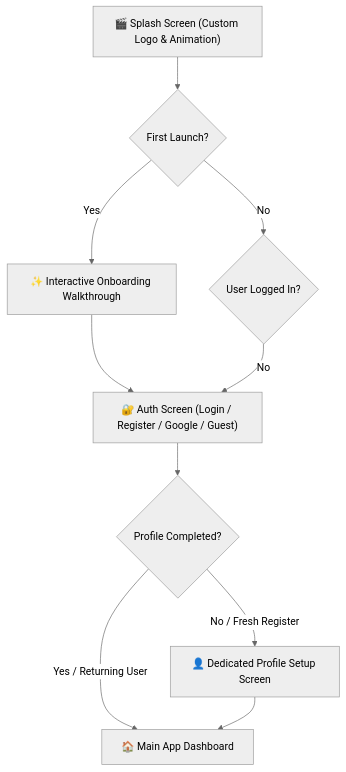
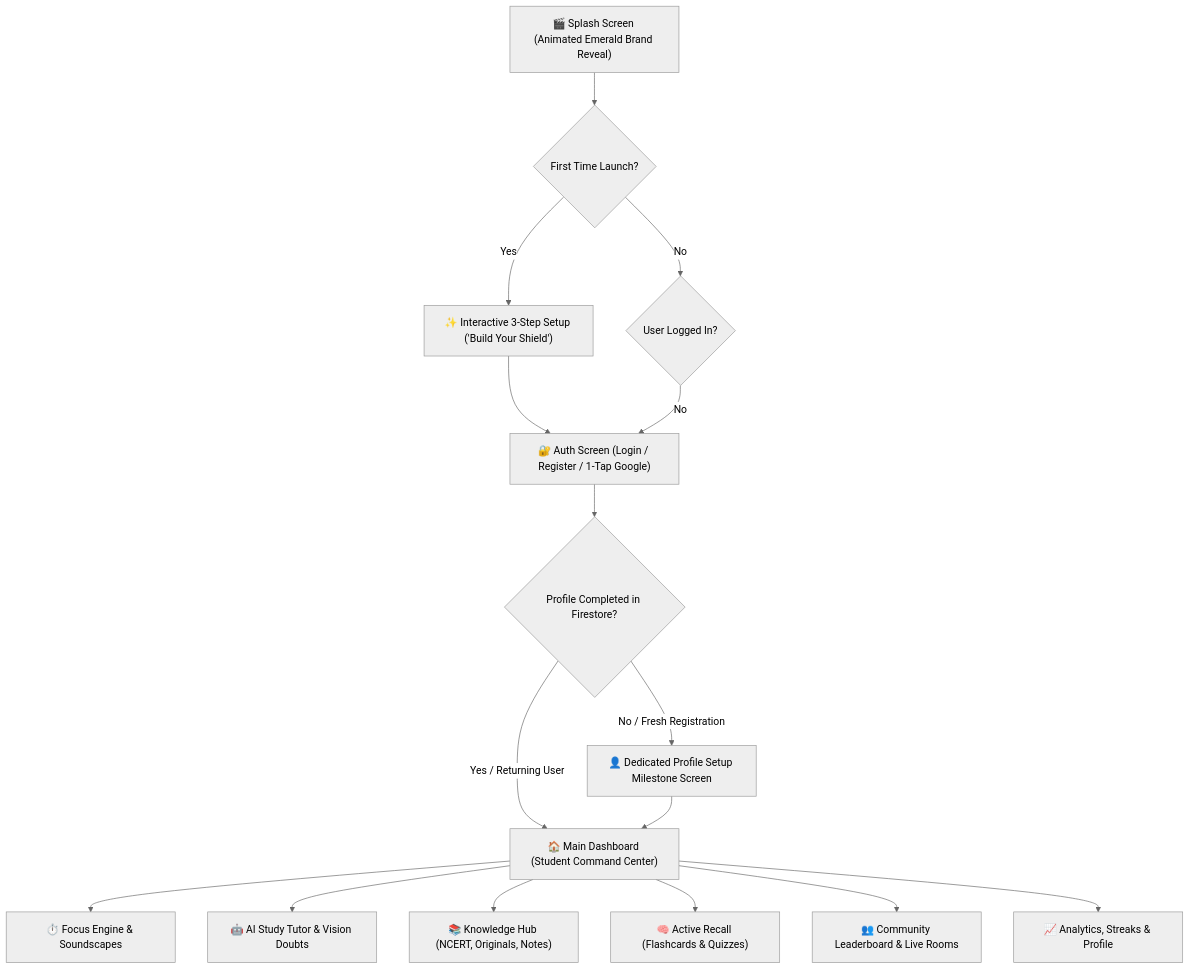
One commit to refindglobal/Quovex changed the diagram in docs/APP_ENTRY_REDESIGN_SPEC.md. Above: the diagram before and after it, drawn with Mermaid (neutral theme). The commit also changed other lines of this file and 331 other files, not shown here.

````diff
--- a/docs/APP_ENTRY_REDESIGN_SPEC.md
+++ b/docs/APP_ENTRY_REDESIGN_SPEC.md
@@ -20,12 +12,18 @@
 ```mermaid
 graph TD
-    A["🎬 Splash Screen (Custom Logo & Animation)"] --> B{"First Launch?"}
-    B -->|Yes| C["✨ Interactive Onboarding Walkthrough"]
+    A["🎬 Splash Screen (Animated Emerald Brand Reveal)"] --> B{"First Time Launch?"}
+    B -->|Yes| C["✨ Interactive 3-Step Setup ('Build Your Shield')"]
     B -->|No| D{"User Logged In?"}
-    C --> E["🔐 Auth Screen (Login / Register / Google / Guest)"]
+    C --> E["🔐 Auth Screen (Login / Register / 1-Tap Google)"]
     D -->|No| E
-    E --> F{"Profile Completed?"}
-    F -->|No / Fresh Register| G["👤 Dedicated Profile Setup Screen"]
-    F -->|Yes / Returning User| H["🏠 Main App Dashboard"]
+    E --> F{"Profile Completed in Firestore?"}
+    F -->|No / Fresh Registration| G["👤 Dedicated Profile Setup Milestone Screen"]
+    F -->|Yes / Returning User| H["🏠 Main Dashboard (Student Command Center)"]
     G --> H
+    H --> I["⏱️ Focus Engine & Soundscapes"]
+    H --> J["🤖 AI Study Tutor & Vision Doubts"]
+    H --> K["📚 Knowledge Hub (NCERT, Originals, Notes)"]
+    H --> L["🧠 Active Recall (Flashcards & Quizzes)"]
+    H --> M["👥 Community Leaderboard & Live Rooms"]
+    H --> N["📈 Analytics, Streaks & Profile"]
 ```
````
